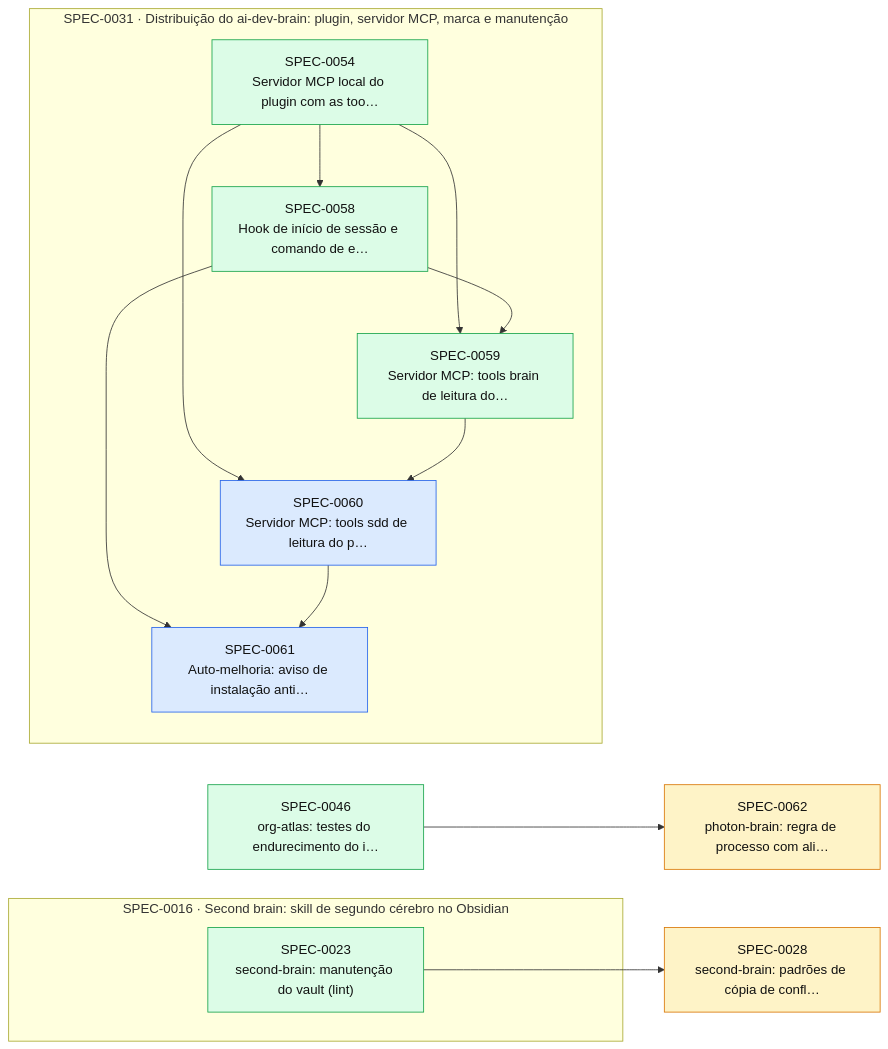
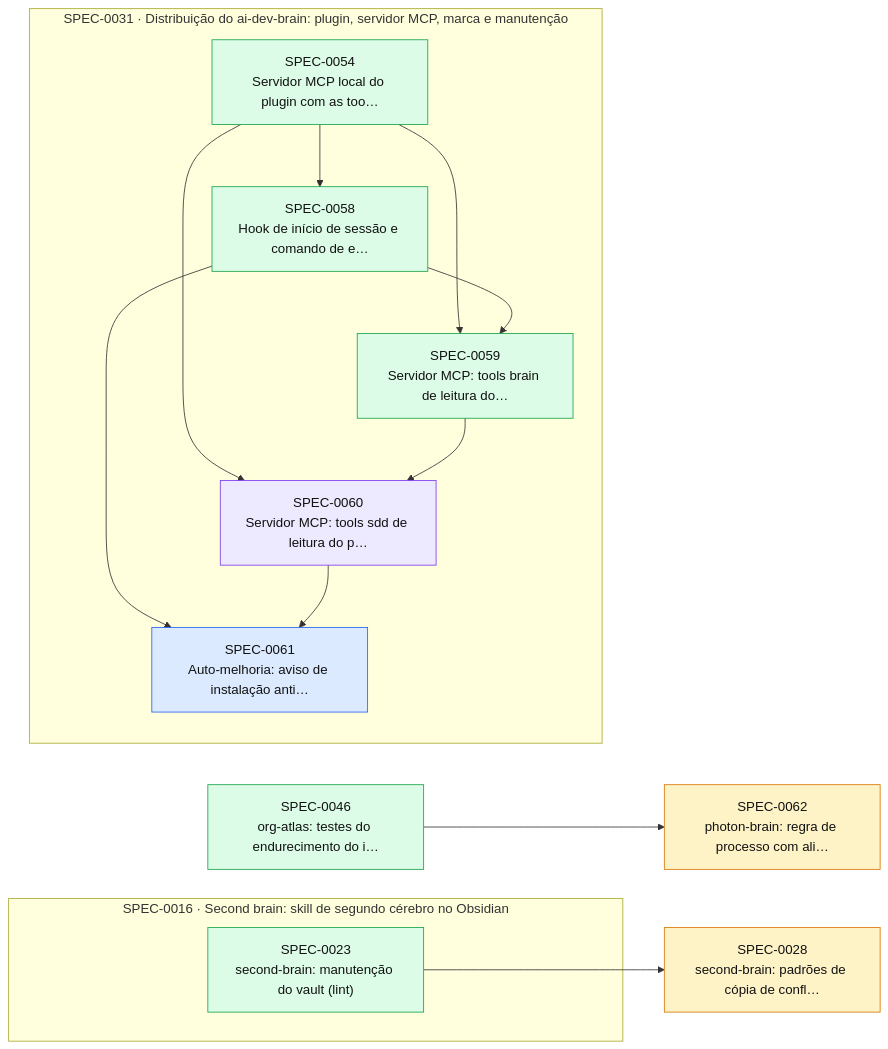
One commit to thomasravache/ai-dev-brain changed the diagram in docs/specs/INDEX.md. Above: the diagram before and after it, drawn with Mermaid. The commit also changed other lines of this file and 1 other file, not shown here.

First line of the commit message:
docs(specs): PLAN da SPEC-0060

````diff
--- a/docs/specs/INDEX.md
+++ b/docs/specs/INDEX.md
@@ -51,30 +51,30 @@
 ```mermaid
 flowchart LR
   S0028["SPEC-0028<br/>second-brain: padrões de cópia de confl…"]:::proposed
   S0046["SPEC-0046<br/>org-atlas: testes do endurecimento do i…"]:::implemented
   S0062["SPEC-0062<br/>photon-brain: regra de processo com ali…"]:::proposed
   subgraph E0016["SPEC-0016 · Second brain: skill de segundo cérebro no Obsidian"]
     S0023["SPEC-0023<br/>second-brain: manutenção do vault (lint)"]:::implemented
   end
   subgraph E0031["SPEC-0031 · Distribuição do ai-dev-brain: plugin, servidor MCP, marca e manutenção"]
     S0054["SPEC-0054<br/>Servidor MCP local do plugin com as too…"]:::implemented
     S0058["SPEC-0058<br/>Hook de início de sessão e comando de e…"]:::implemented
     S0059["SPEC-0059<br/>Servidor MCP: tools brain de leitura do…"]:::implemented
-    S0060["SPEC-0060<br/>Servidor MCP: tools sdd de leitura do p…"]:::approved
+    S0060["SPEC-0060<br/>Servidor MCP: tools sdd de leitura do p…"]:::inprogress
     S0061["SPEC-0061<br/>Auto-melhoria: aviso de instalação anti…"]:::approved
   end
   S0023 --> S0028
   S0054 --> S0058
   S0054 --> S0059
   S0058 --> S0059
   S0054 --> S0060
   S0059 --> S0060
   S0058 --> S0061
   S0060 --> S0061
   S0046 --> S0062
   classDef proposed fill:#fef3c7,stroke:#d97706,color:#111
   classDef approved fill:#dbeafe,stroke:#2563eb,color:#111
   classDef inprogress fill:#ede9fe,stroke:#7c3aed,color:#111
   classDef implemented fill:#dcfce7,stroke:#16a34a,color:#111
   classDef deprecated fill:#f3f4f6,stroke:#9ca3af,color:#6b7280
 ```
````
